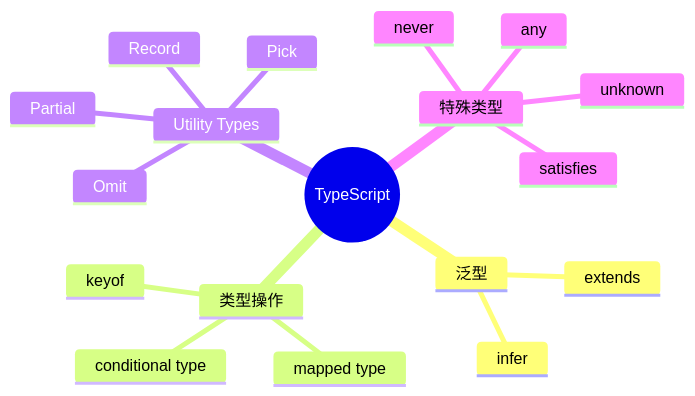
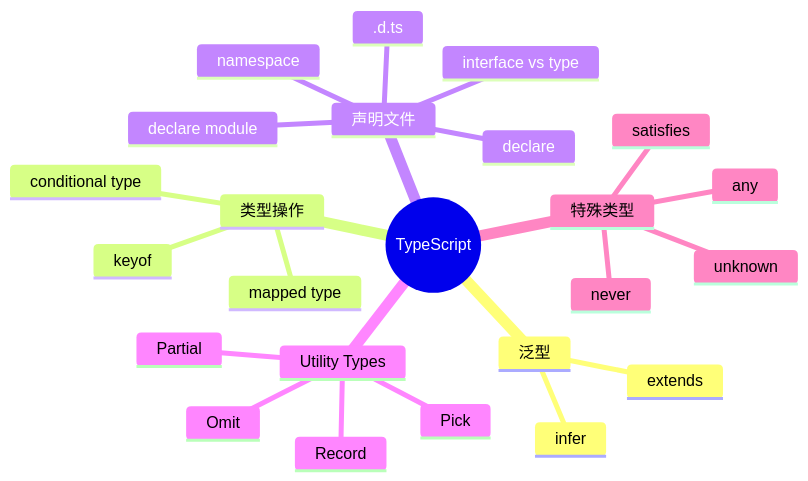
Before and after one commit to zjh42139/interview-notes: the diagram in docs/TypeScript/index.md, drawn with Mermaid. The commit also changed other lines of this file and 14 other files, not shown here.

````diff
--- a/docs/TypeScript/index.md
+++ b/docs/TypeScript/index.md
@@ -9,21 +9,27 @@
 ```mermaid
 mindmap
   root((TypeScript))
     泛型
       extends
       infer
     类型操作
       keyof
       mapped type
       conditional type
+    声明文件
+      declare
+      .d.ts
+      interface vs type
+      declare module
+      namespace
     Utility Types
       Partial
       Pick
       Omit
       Record
     特殊类型
       satisfies
       any
       unknown
       never
 ```
````
